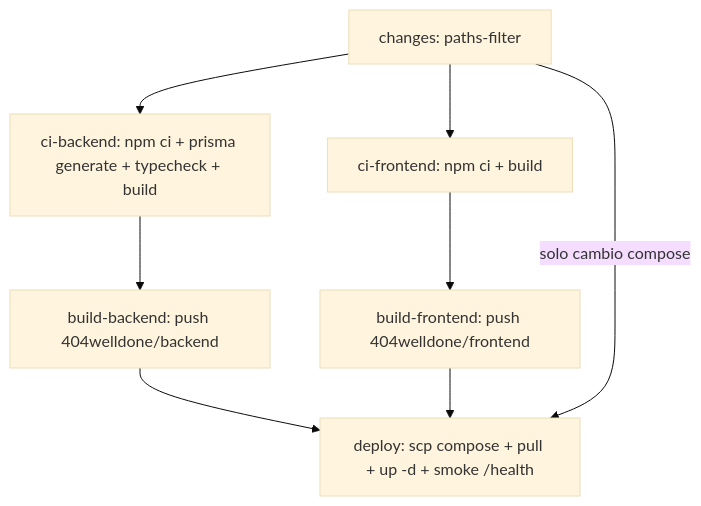
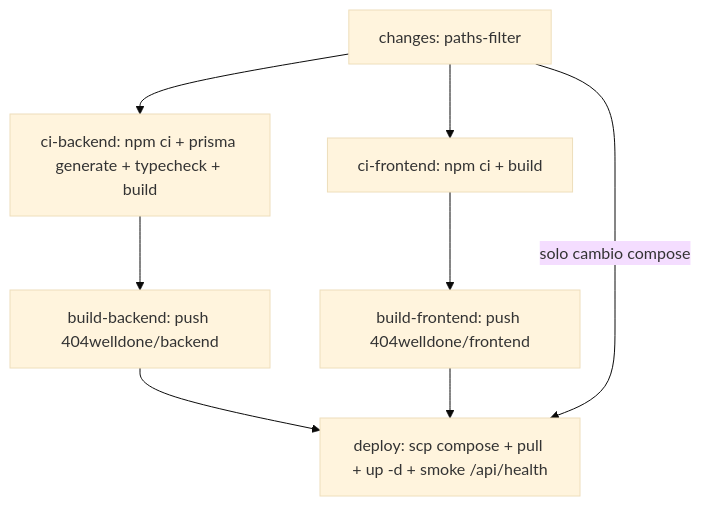
The diagram in docs/plan-ci-cd-backend.md (gmoralrubio/welldone), drawn with Mermaid (base theme) before and after one commit. The commit also changed other lines of this file and 13 other files, not shown here.

````diff
--- a/docs/plan-ci-cd-backend.md
+++ b/docs/plan-ci-cd-backend.md
@@ -115,13 +116,13 @@
 ```mermaid
 flowchart TD
   changes["changes: paths-filter"]
   ciBack["ci-backend: npm ci + prisma generate + typecheck + build"]
   ciFront["ci-frontend: npm ci + build"]
   buildBack["build-backend: push 404welldone/backend"]
   buildFront["build-frontend: push 404welldone/frontend"]
-  deploy["deploy: scp compose + pull + up -d + smoke /health"]
+  deploy["deploy: scp compose + pull + up -d + smoke /api/health"]
 
   changes --> ciBack --> buildBack --> deploy
   changes --> ciFront --> buildFront --> deploy
   changes -->|"solo cambio compose"| deploy
 ```
````
